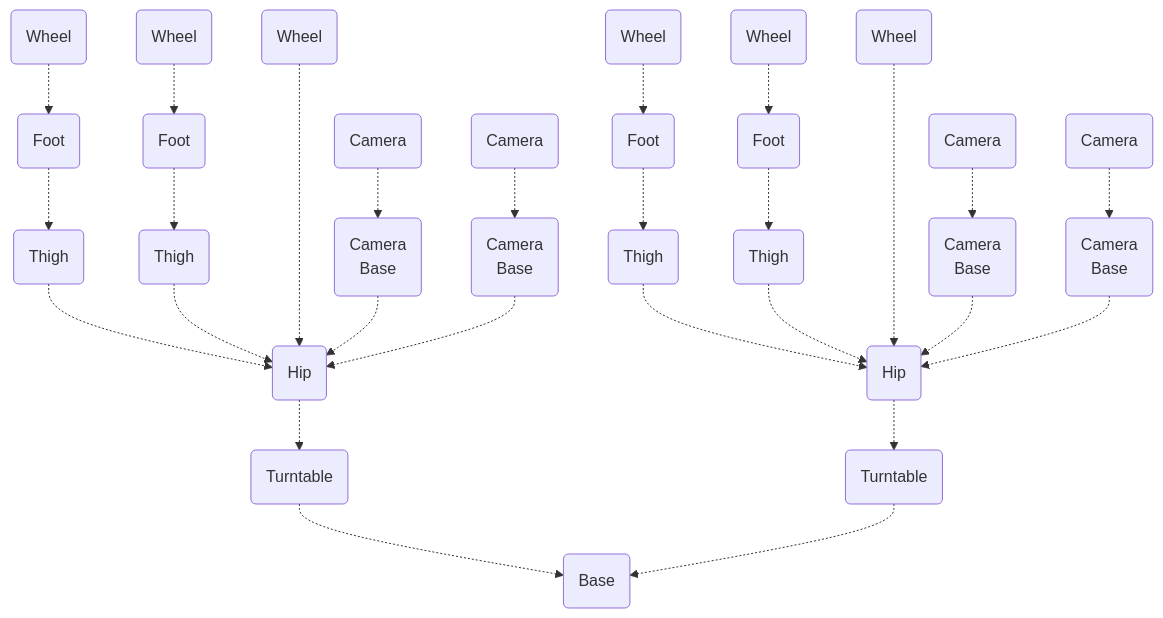
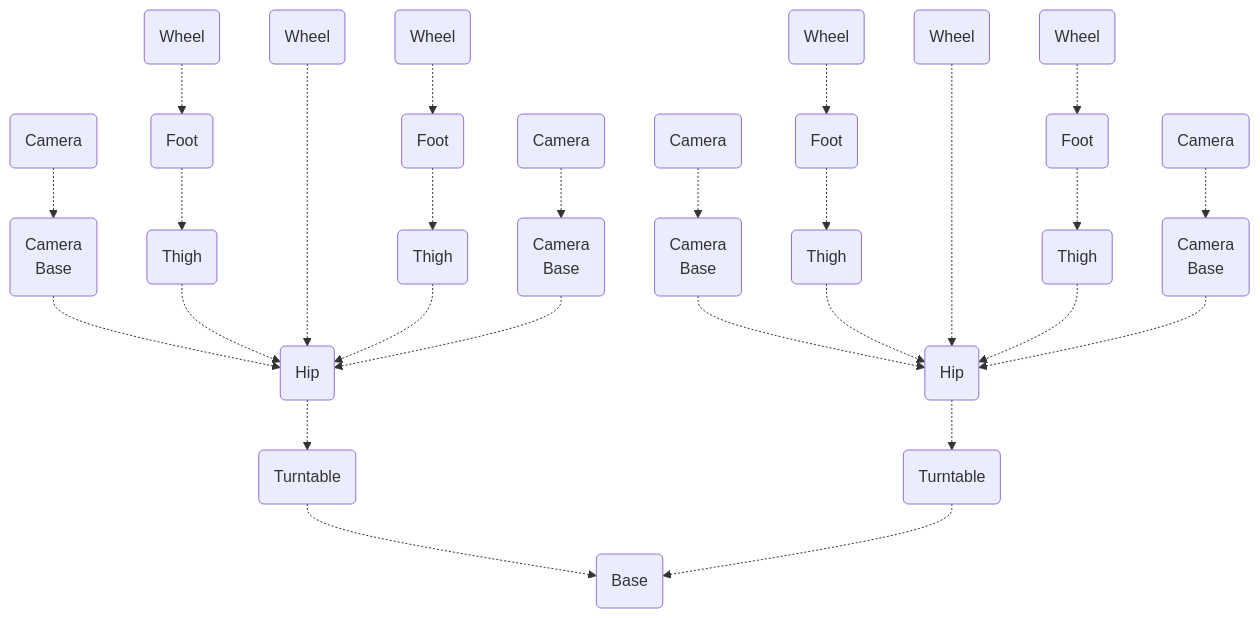
Before and after one commit to openvmp/openvmp-models: the diagram in robots/don1/README.md, drawn with Mermaid. The commit also changed other lines of this file, not shown here.

````diff
--- a/robots/don1/README.md
+++ b/robots/don1/README.md
@@ -14,44 +14,44 @@
 ```mermaid
 graph TB
+  camera1 -.-> camera_servo1 -.-> hip1
   wheel1 -.-> foot1 -.-> thigh1 -.-> hip1
+  wheel3 -...-> hip1 -.-> turntable1 -.-> base
   wheel2 -.-> foot2 -.-> thigh2 -.-> hip1
+  camera2 -.-> camera_servo2 -.-> hip1
+
+  camera3 -.-> camera_servo3 -.-> hip2
   wheel4 -.-> foot3 -.-> thigh3 -.-> hip2
+  wheel6 -...-> hip2 -.-> turntable2 -.-> base
   wheel5 -.-> foot4 -.-> thigh4 -.-> hip2
-  wheel3 -...-> hip1 -.-> turntable1 -.-> base
-  wheel6 -...-> hip2 -.-> turntable2 -.-> base
-
-  camera1 -.-> camera_servo1 -.-> hip1
-  camera2 -.-> camera_servo2 -.-> hip1
-  camera3 -.-> camera_servo3 -.-> hip2
   camera4 -.-> camera_servo4 -.-> hip2
 
   base(Base)
   click base "https://github.com/openvmp/openvmp-models/blob/main/generated_files/robots/don1/base.png" _blank
   turntable1(Turntable)
   click turntable1 "https://github.com/openvmp/openvmp-models/blob/main/generated_files/robots/don1/turn_table.png" _blank
   turntable2(Turntable)
   hip1(Hip)
   hip2(Hip)
   thigh1(Thigh)
   thigh2(Thigh)
   thigh3(Thigh)
   thigh4(Thigh)
   foot1(Foot)
   foot2(Foot)
   foot3(Foot)
   foot4(Foot)
   wheel1(Wheel)
   wheel2(Wheel)
   wheel3(Wheel)
   wheel4(Wheel)
   wheel5(Wheel)
   wheel6(Wheel)
   camera1(Camera)
   camera2(Camera)
   camera3(Camera)
   camera4(Camera)
   camera_servo1(Camera\nBase)
   camera_servo2(Camera\nBase)
   camera_servo3(Camera\nBase)
   camera_servo4(Camera\nBase)
 ```
````
